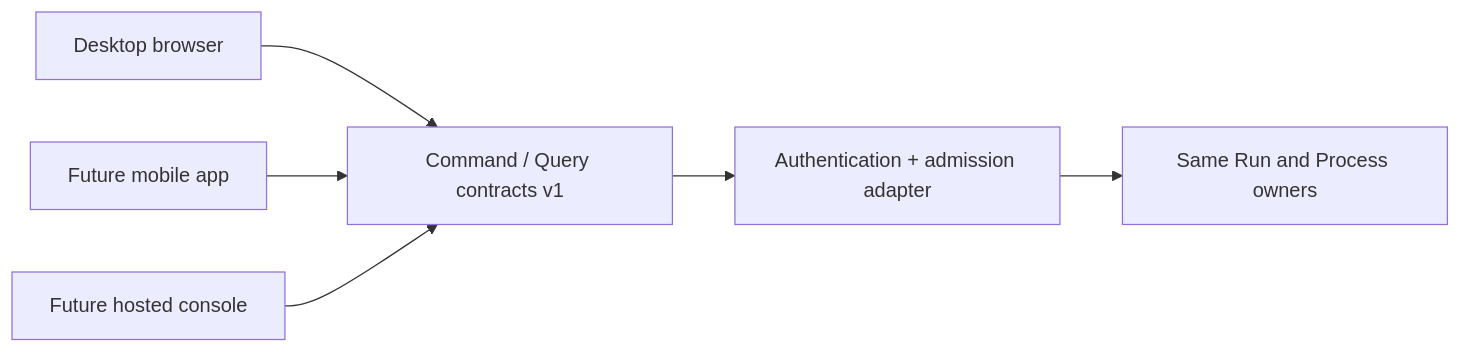
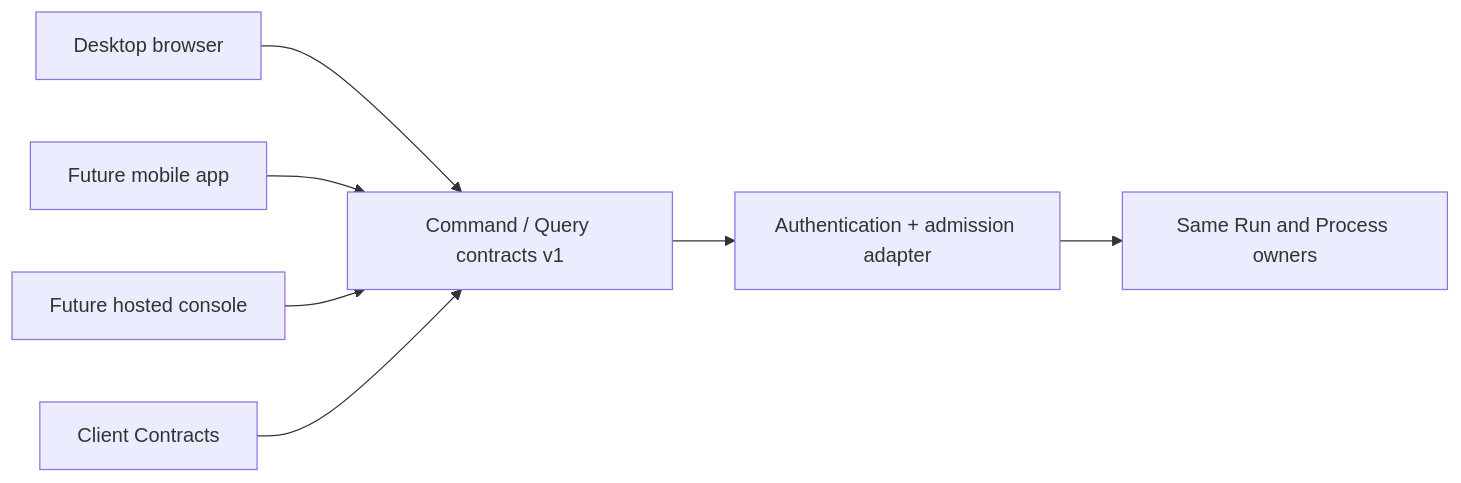
One commit to wohuishuo/cc-video-pipeline changed the second of 2 diagrams in docs/project/architecture/system-component-map.md. Above: the diagram before and after it, drawn with Mermaid. The commit also changed other lines of this file and 27 other files, not shown here.

Commit message:
feat: add mobile-ready client contracts MVP

````diff
--- a/docs/project/architecture/system-component-map.md
+++ b/docs/project/architecture/system-component-map.md
@@ -54,8 +55,9 @@
 ```mermaid
 flowchart LR
     Desktop["Desktop browser"] --> Contracts["Command / Query contracts v1"]
     Mobile["Future mobile app"] --> Contracts
     Hosted["Future hosted console"] --> Contracts
+    Owner["Client Contracts"] --> Contracts
     Contracts --> Admission["Authentication + admission adapter"]
     Admission --> Runs["Same Run and Process owners"]
 ```
````
